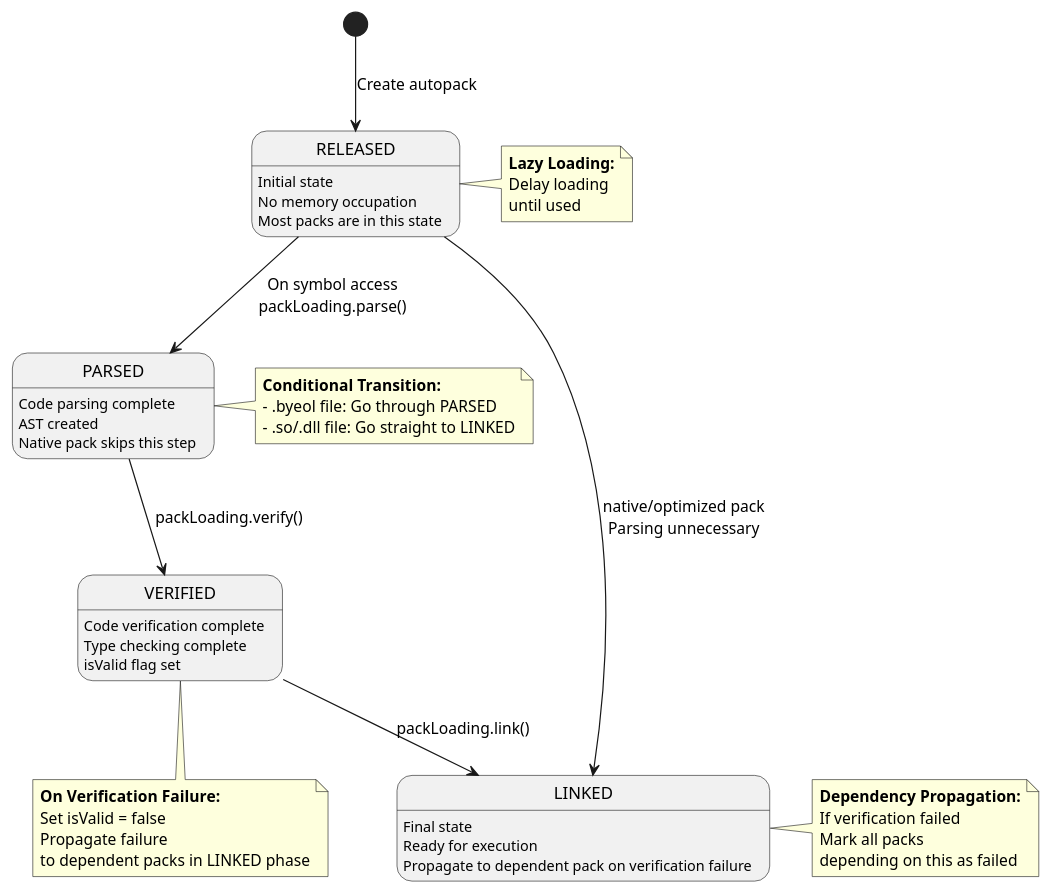
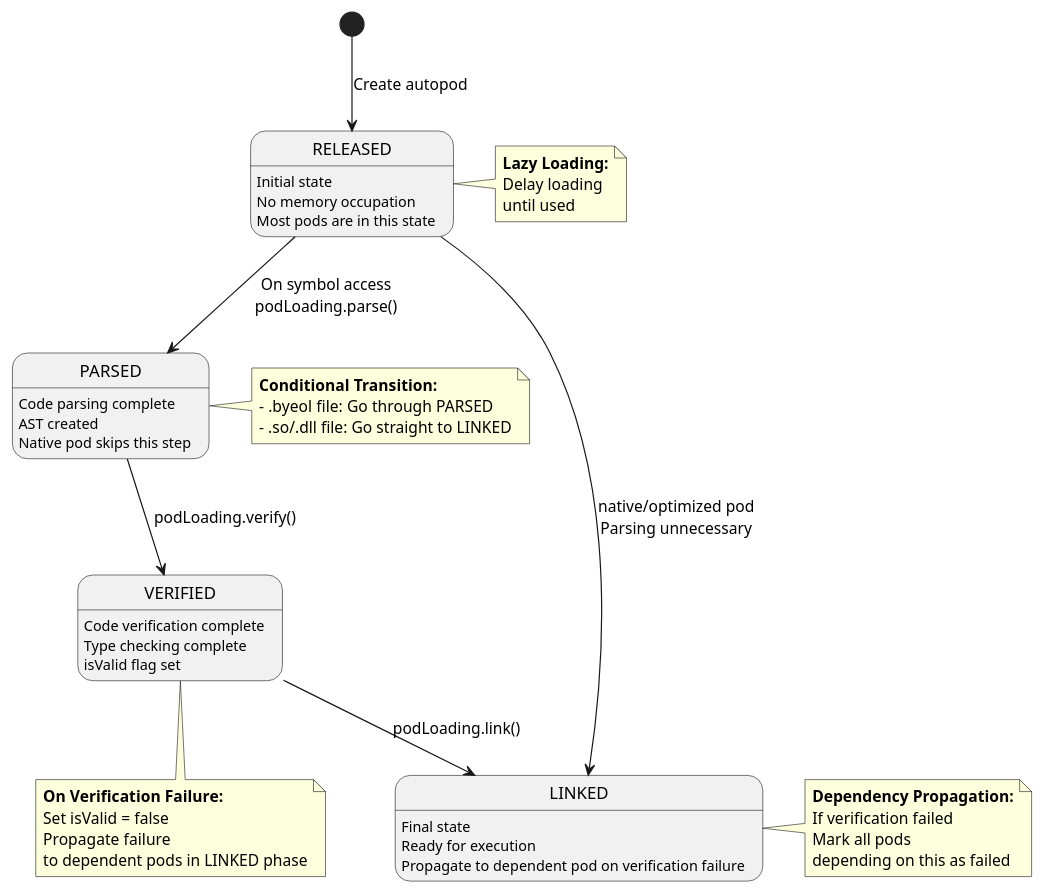
One commit to byeolang/byeol changed diagram 14 of 19 in doc/ref/ko/ak-architecture-core.md. Above: the diagram before and after it, drawn with PlantUML. The commit also changed other lines of this file and 7 other files, not shown here.

Commit message:
doc: rename pack to pod

```diff
--- a/doc/ref/ko/ak-architecture-core.md
+++ b/doc/ref/ko/ak-architecture-core.md
@@ -3017,61 +3017,61 @@
 @startuml
-[*] --> RELEASED : Create autopack
+[*] --> RELEASED : Create autopod
 
 state RELEASED {
     RELEASED : Initial state
     RELEASED : No memory occupation
-    RELEASED : Most packs are in this state
+    RELEASED : Most pods are in this state
 }
 
 state PARSED {
     PARSED : Code parsing complete
     PARSED : AST created
-    PARSED : Native pack skips this step
+    PARSED : Native pod skips this step
 }
 
 state VERIFIED {
     VERIFIED : Code verification complete
     VERIFIED : Type checking complete
     VERIFIED : isValid flag set
 }
 
 state LINKED {
     LINKED : Final state
     LINKED : Ready for execution
-    LINKED : Propagate to dependent pack on verification failure
+    LINKED : Propagate to dependent pod on verification failure
 }
 
-RELEASED --> PARSED : On symbol access\npackLoading.parse()
-RELEASED --> LINKED : native/optimized pack\nParsing unnecessary
+RELEASED --> PARSED : On symbol access\npodLoading.parse()
+RELEASED --> LINKED : native/optimized pod\nParsing unnecessary
 
-PARSED --> VERIFIED : packLoading.verify()
+PARSED --> VERIFIED : podLoading.verify()
 
-VERIFIED --> LINKED : packLoading.link()
+VERIFIED --> LINKED : podLoading.link()
 
 note right of RELEASED
   <b>Lazy Loading:</b>
   Delay loading
   until used
 end note
 
 note right of PARSED
   <b>Conditional Transition:</b>
   - .byeol file: Go through PARSED
   - .so/.dll file: Go straight to LINKED
 end note
 
 note bottom of VERIFIED
   <b>On Verification Failure:</b>
   Set isValid = false
   Propagate failure
-  to dependent packs in LINKED phase
+  to dependent pods in LINKED phase
 end note
 
 note right of LINKED
   <b>Dependency Propagation:</b>
   If verification failed
-  Mark all packs
+  Mark all pods
   depending on this as failed
 end note
 
 @enduml
```
